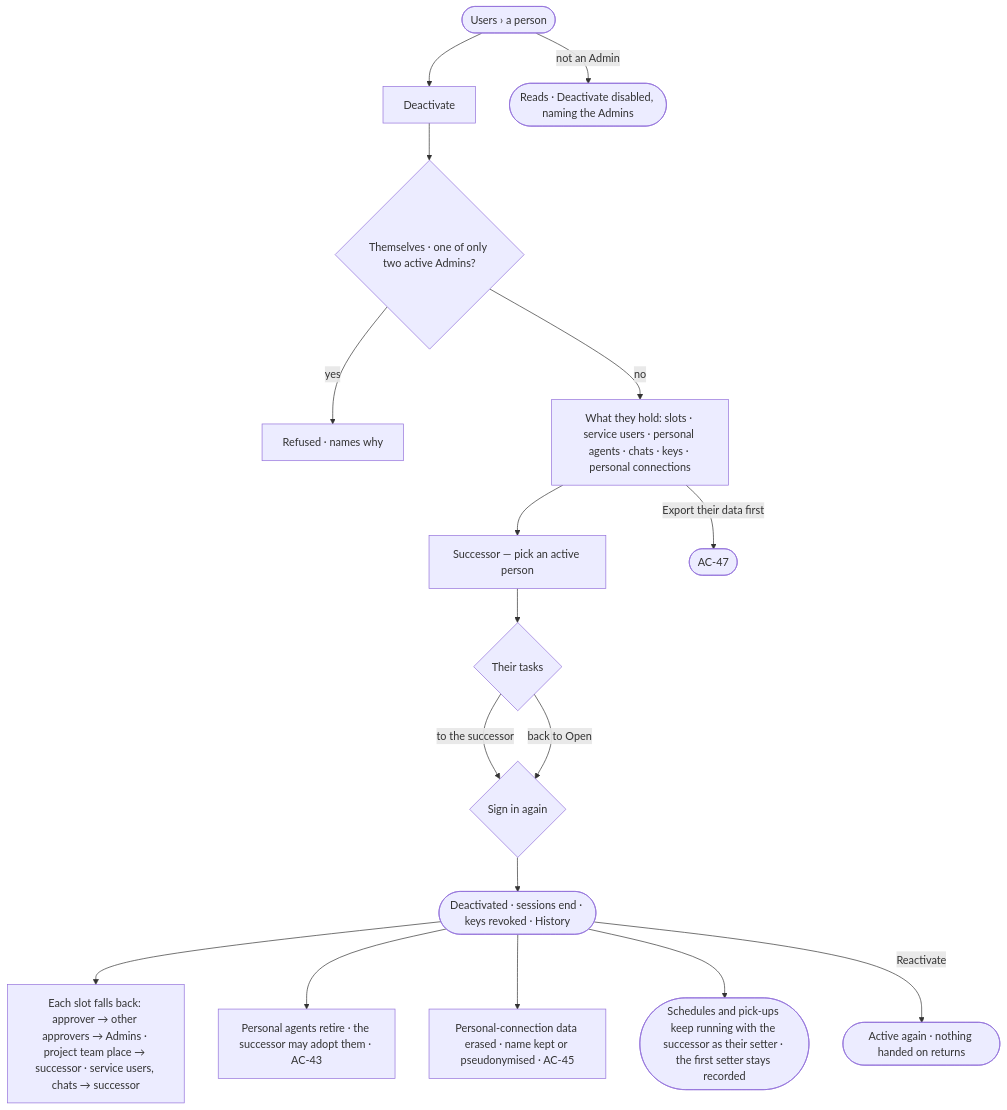
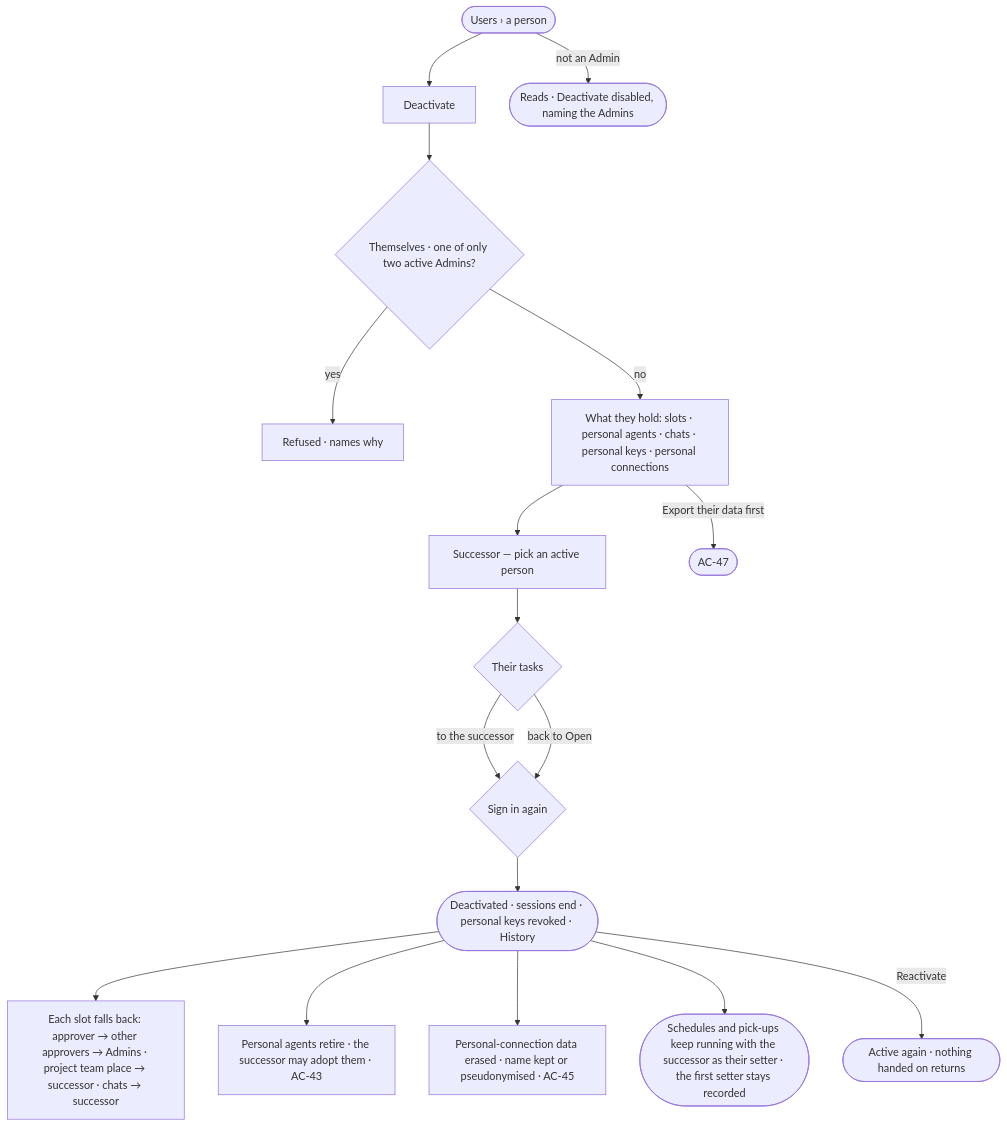
One commit to invana/invana changed the diagram in specs/os/access/features/AC-F03-directory/stories/AC-23-deactivate-a-person-who-leaves/story.md. Above: the diagram before and after it, drawn with Mermaid. The commit also changed other lines of this file and 40 other files, not shown here.

First line of the commit message:
docs(specs): remove service users; keys belong to a person or a project

````diff
--- a/specs/os/access/features/AC-F03-directory/stories/AC-23-deactivate-a-person-who-leaves/story.md
+++ b/specs/os/access/features/AC-F03-directory/stories/AC-23-deactivate-a-person-who-leaves/story.md
@@ -26,19 +26,19 @@
 ```mermaid
 flowchart TD
   s([Users › a person]) --> d["Deactivate"]
   d --> chk{"Themselves · one of only two active Admins?"}
   chk -->|yes| no["Refused · names why"]
-  chk -->|no| o["What they hold: slots · service users · personal agents · chats · keys · personal connections"]
+  chk -->|no| o["What they hold: slots · personal agents · chats · personal keys · personal connections"]
   o --> su["Successor — pick an active person"]
   su --> tk{"Their tasks"}
   tk -->|to the successor| pw
   tk -->|back to Open| pw
   o -->|Export their data first| ex(["AC-47"])
-  pw{"Sign in again"} --> done(["Deactivated · sessions end · keys revoked · History"])
-  done --> sl["Each slot falls back: approver → other approvers → Admins · project team place → successor · service users, chats → successor"]
+  pw{"Sign in again"} --> done(["Deactivated · sessions end · personal keys revoked · History"])
+  done --> sl["Each slot falls back: approver → other approvers → Admins · project team place → successor · chats → successor"]
   done --> ag["Personal agents retire · the successor may adopt them · AC-43"]
   done --> pd["Personal-connection data erased · name kept or pseudonymised · AC-45"]
   done --> sch(["Schedules and pick-ups keep running with the successor as their setter · the first setter stays recorded"])
   done -->|Reactivate| re(["Active again · nothing handed on returns"])
   s -->|not an Admin| ro(["Reads · Deactivate disabled, naming the Admins"])
 ```
````
